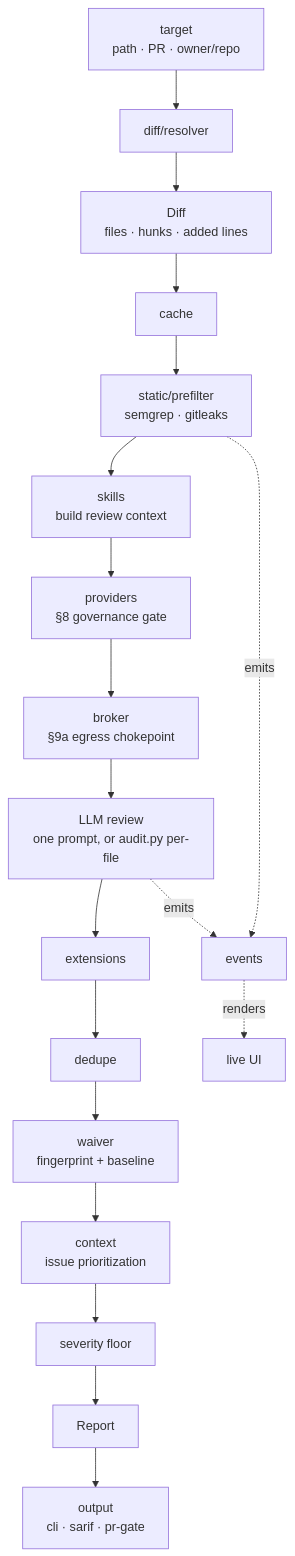
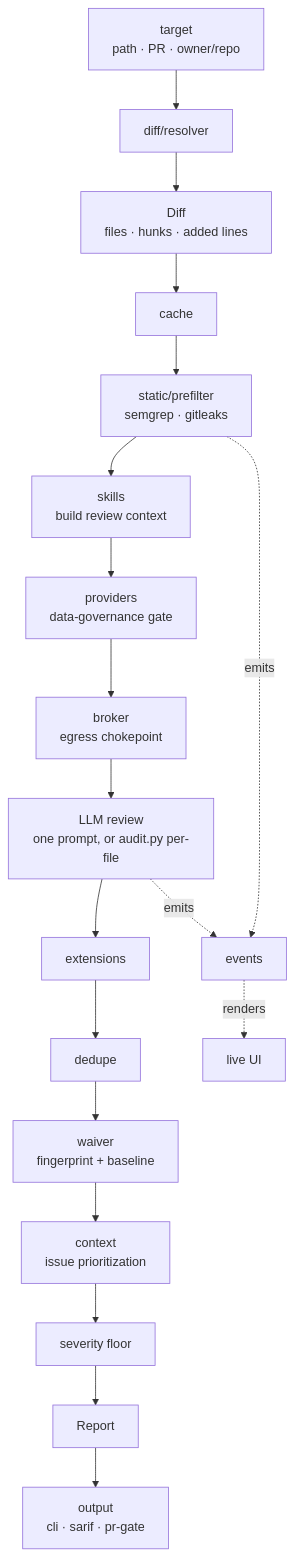
The diagram in docs/architecture.md (r0arthur/Cosmo), drawn with Mermaid before and after one commit. The commit also changed 15 other files, not shown here.

````diff
--- a/docs/architecture.md
+++ b/docs/architecture.md
@@ -18,22 +18,22 @@
 ```mermaid
 flowchart TD
     T["target<br/>path · PR · owner/repo"] --> R[diff/resolver]
     R --> D["Diff<br/>files · hunks · added lines"]
     D --> C[cache]
     C --> S["static/prefilter<br/>semgrep · gitleaks"]
     S --> CX["skills<br/>build review context"]
-    CX --> P["providers<br/>§8 governance gate"]
-    P --> B["broker<br/>§9a egress chokepoint"]
+    CX --> P["providers<br/>data-governance gate"]
+    P --> B["broker<br/>egress chokepoint"]
     B --> L["LLM review<br/>one prompt, or audit.py per-file"]
     L --> E[extensions]
     E --> DD[dedupe]
     DD --> W["waiver<br/>fingerprint + baseline"]
     W --> PR["context<br/>issue prioritization"]
     PR --> TH[severity floor]
     TH --> RPT["Report"]
     RPT --> O["output<br/>cli · sarif · pr-gate"]
 
     L -.emits.-> EV[events]
     S -.emits.-> EV
     EV -.renders.-> UI["live UI"]
 ```
````
